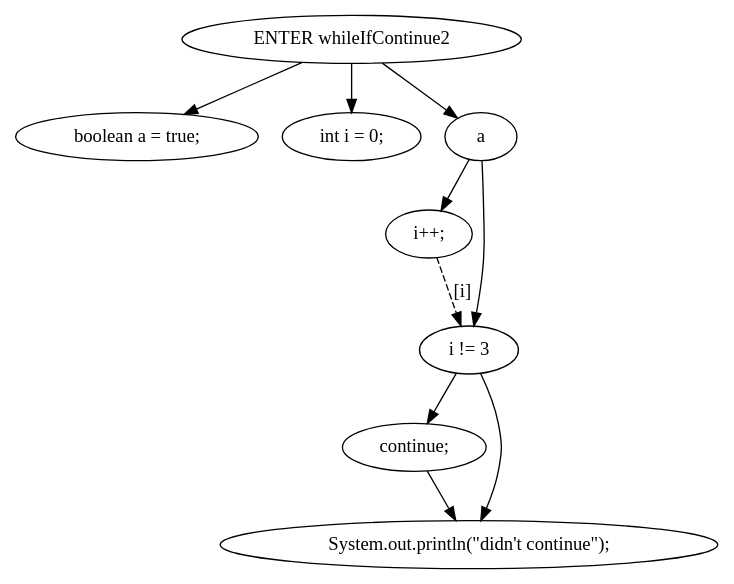
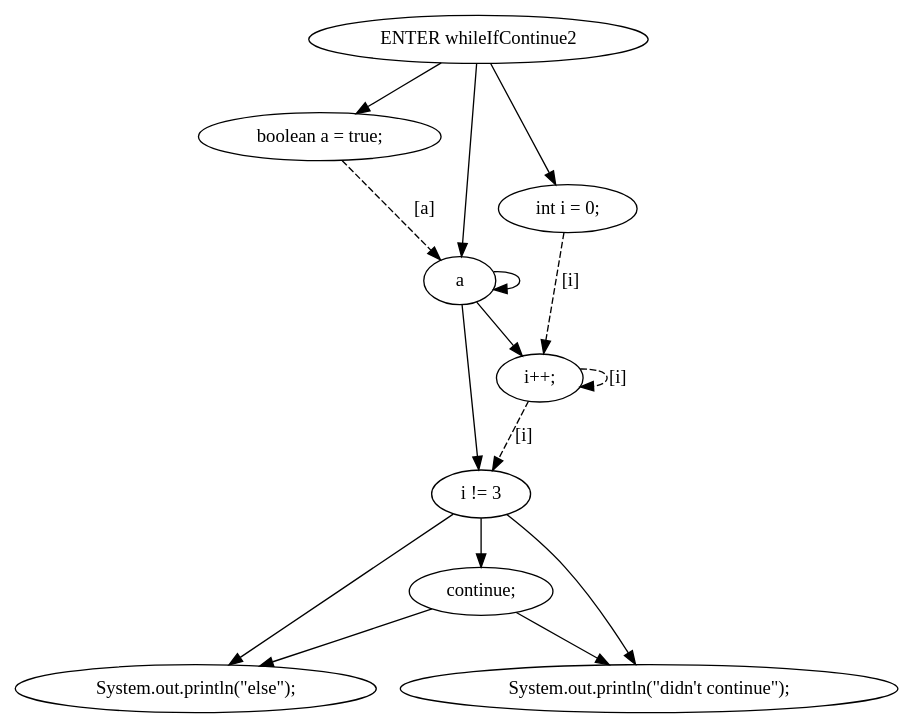
Before and after one commit to Surprise-Jing/Java-oriented-analysis-and-understanding-tools: the diagram in staticSlicer/data/testcases/output/while/WhileIf/pdg/dot/whileIfContinue2().dot, drawn with Graphviz. The commit also changed 92 other files, not shown here.

Commit message:
修改依赖图的生成逻辑

```diff
--- a/staticSlicer/data/testcases/output/while/WhileIf/pdg/dot/whileIfContinue2().dot
+++ b/staticSlicer/data/testcases/output/while/WhileIf/pdg/dot/whileIfContinue2().dot
@@ -1,19 +1,26 @@
 digraph G {
   0 [ label="ENTER whileIfContinue2" ];
   2 [ label="boolean a = true;" ];
   3 [ label="int i = 0;" ];
   4 [ label="a" ];
   5 [ label="i++;" ];
   6 [ label="i != 3" ];
   7 [ label="continue;" ];
-  8 [ label="System.out.println(\"didn't continue\");" ];
+  8 [ label="System.out.println(\"else\");" ];
+  9 [ label="System.out.println(\"didn't continue\");" ];
+  2 -> 4 [ style="dashed" label="[a]" ];
+  3 -> 5 [ style="dashed" label="[i]" ];
+  5 -> 5 [ style="dashed" label="[i]" ];
+  5 -> 6 [ style="dashed" label="[i]" ];
   0 -> 2 [ ];
   0 -> 3 [ ];
   0 -> 4 [ ];
   4 -> 5 [ ];
   4 -> 6 [ ];
+  4 -> 4 [ ];
   6 -> 7 [ ];
   7 -> 8 [ ];
+  7 -> 9 [ ];
   6 -> 8 [ ];
-  5 -> 6 [ style="dashed" label="[i]" ];
+  6 -> 9 [ ];
 }
```
